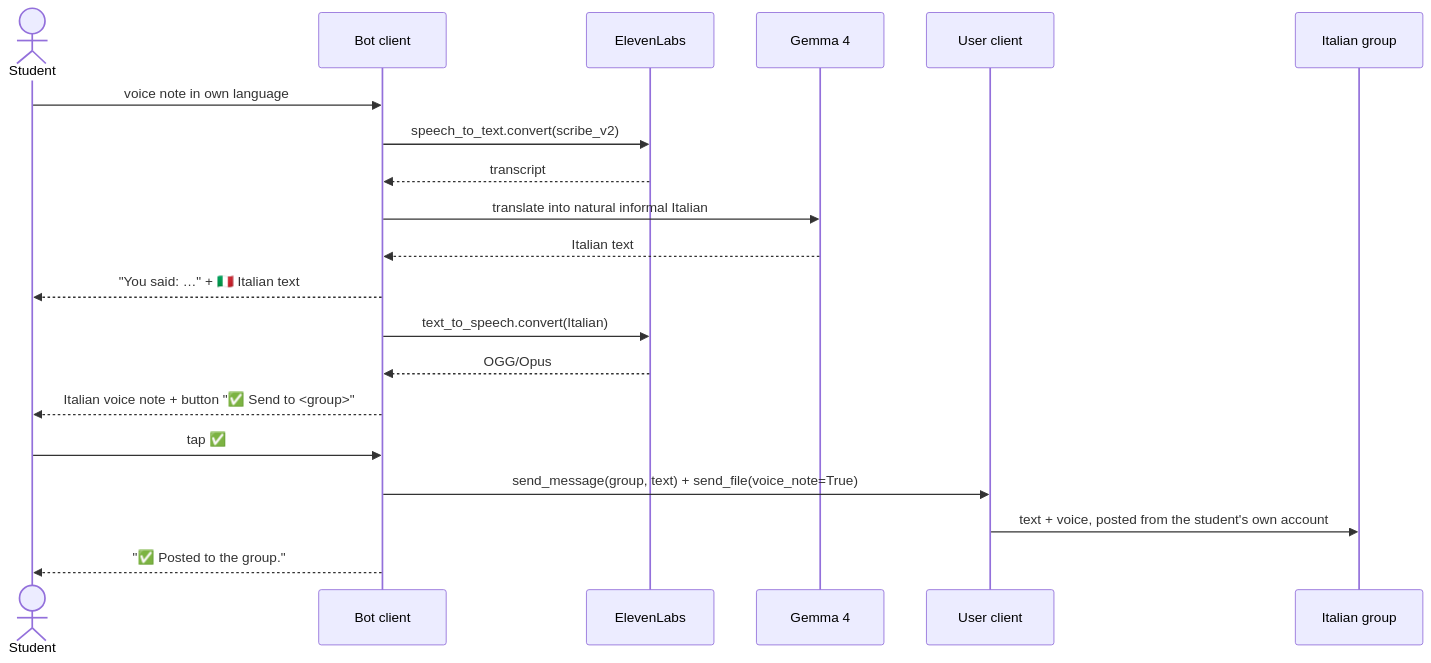
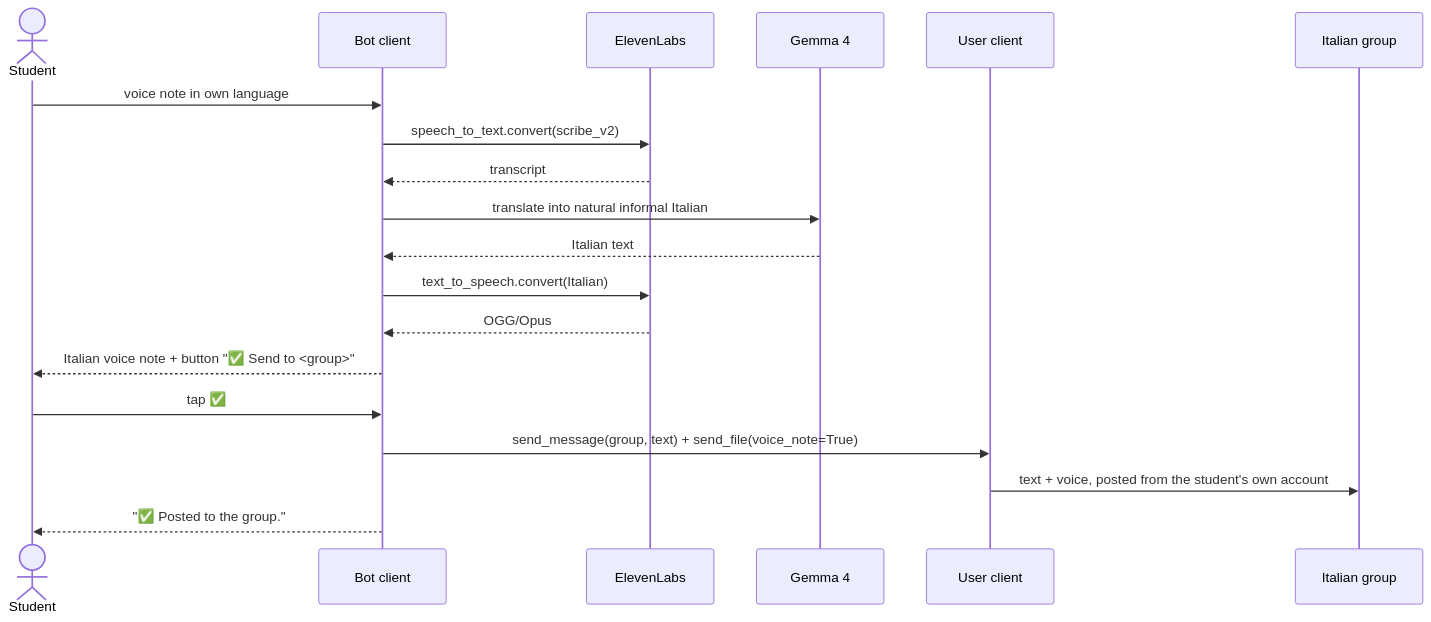
One commit to pitasialessandro/erasmus-group-translator changed the fourth of 4 diagrams in architecture.md. Above: the diagram before and after it, drawn with Mermaid. The commit also changed other lines of this file and 2 other files, not shown here.

Commit message:
Voice flows are audio only: forwarded note returns a voice note, reply proposes just the Italian voice note

````diff
--- a/architecture.md
+++ b/architecture.md
@@ -104,23 +103,22 @@
 ```mermaid
 sequenceDiagram
     actor S as Student
     participant B as Bot client
     participant EL as ElevenLabs
     participant LLM as Gemma 4
     participant U as User client
     participant G as Italian group
 
     S->>B: voice note in own language
     B->>EL: speech_to_text.convert(scribe_v2)
     EL-->>B: transcript
     B->>LLM: translate into natural informal Italian
     LLM-->>B: Italian text
-    B-->>S: "You said: …" + 🇮🇹 Italian text
     B->>EL: text_to_speech.convert(Italian)
     EL-->>B: OGG/Opus
     B-->>S: Italian voice note + button "✅ Send to <group>"
     S->>B: tap ✅
     B->>U: send_message(group, text) + send_file(voice_note=True)
     U->>G: text + voice, posted from the student's own account
     B-->>S: "✅ Posted to the group."
 ```
````
